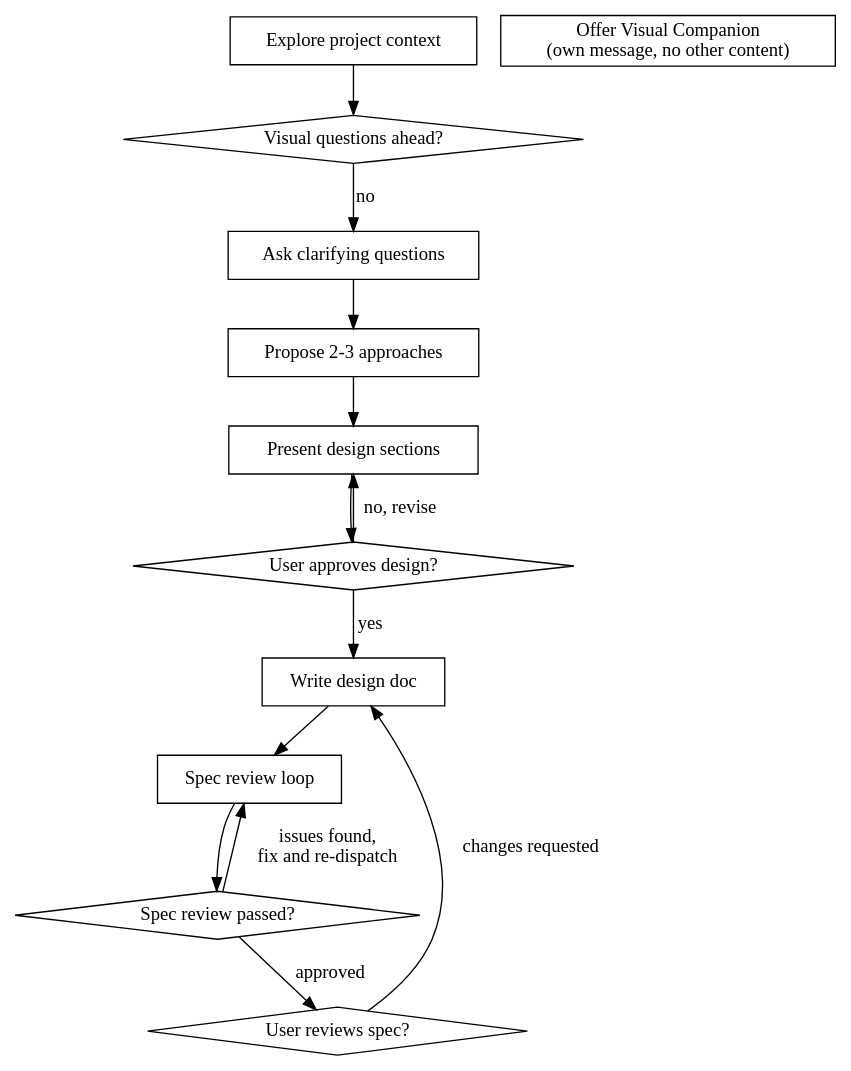
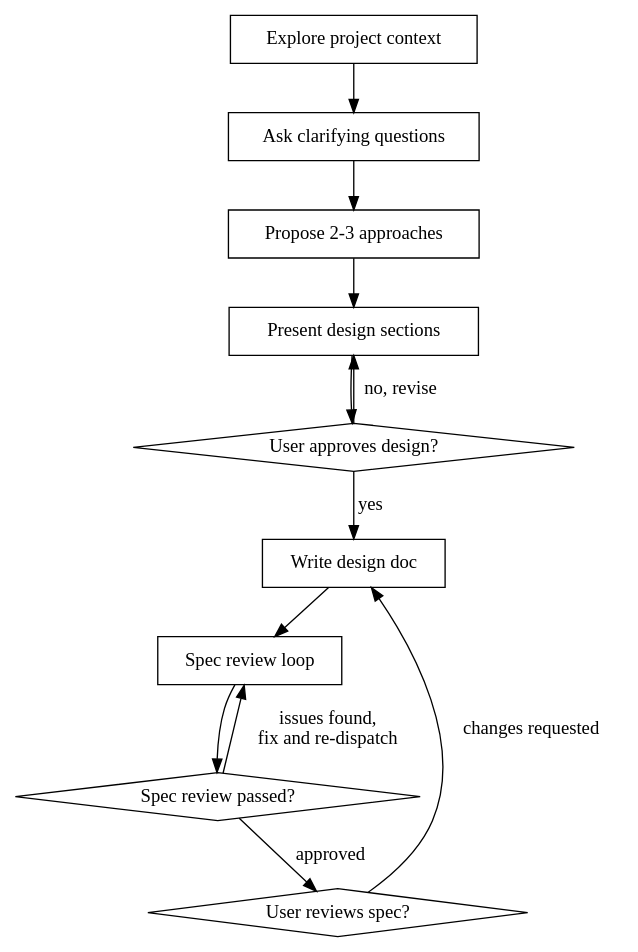
Before and after one commit to frap129/dotfiles: the diagram in .agents/skills/spec-development/SKILL.md, drawn with Graphviz. The commit also changed other lines of this file and 23 other files, not shown here.

````diff
--- a/.agents/skills/spec-development/SKILL.md
+++ b/.agents/skills/spec-development/SKILL.md
@@ -35,28 +34,25 @@
 ```dot
 digraph brainstorming {
     "Explore project context" [shape=box];
-    "Visual questions ahead?" [shape=diamond];
-    "Offer Visual Companion\n(own message, no other content)" [shape=box];
     "Ask clarifying questions" [shape=box];
     "Propose 2-3 approaches" [shape=box];
     "Present design sections" [shape=box];
     "User approves design?" [shape=diamond];
     "Write design doc" [shape=box];
     "Spec review loop" [shape=box];
     "Spec review passed?" [shape=diamond];
     "User reviews spec?" [shape=diamond];
 
-    "Explore project context" -> "Visual questions ahead?";
-    "Visual questions ahead?" -> "Ask clarifying questions" [label="no"];
+    "Explore project context" -> "Ask clarifying questions";
     "Ask clarifying questions" -> "Propose 2-3 approaches";
     "Propose 2-3 approaches" -> "Present design sections";
     "Present design sections" -> "User approves design?";
     "User approves design?" -> "Present design sections" [label="no, revise"];
     "User approves design?" -> "Write design doc" [label="yes"];
     "Write design doc" -> "Spec review loop";
     "Spec review loop" -> "Spec review passed?";
     "Spec review passed?" -> "Spec review loop" [label="issues found,\nfix and re-dispatch"];
     "Spec review passed?" -> "User reviews spec?" [label="approved"];
     "User reviews spec?" -> "Write design doc" [label="changes requested"];
 }
 ```
````
